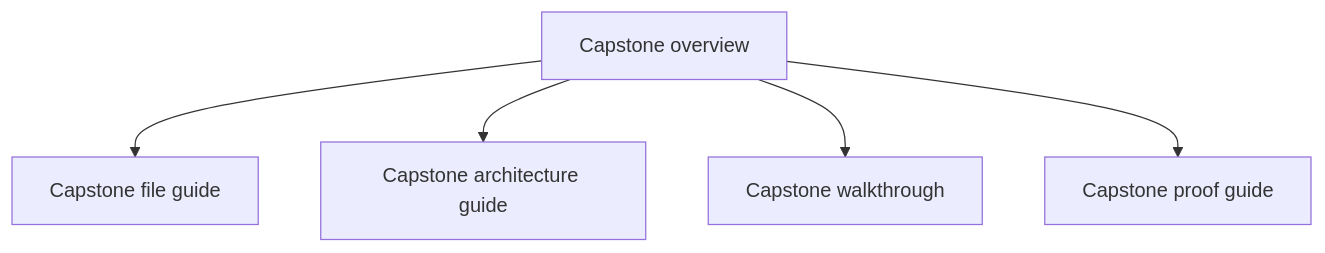
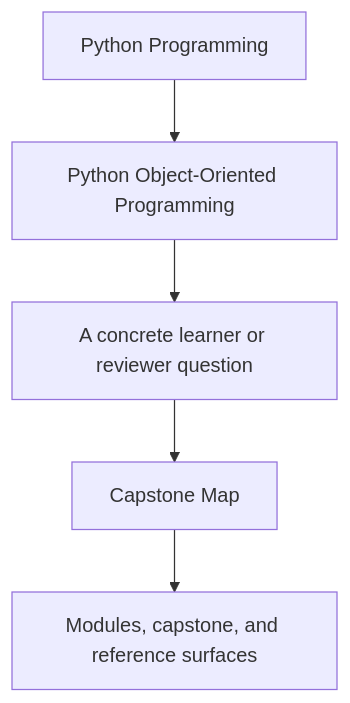
The first of 2 diagrams in programs/python-programming/python-object-oriented-programming/course-book/guides/capstone-map.md (bijux/bijux-masterclass), drawn with Mermaid before and after one commit. The commit also changed other lines of this file and 23 other files, not shown here.

Commit message:
docs(python-object-oriented-programming): sharpen guide and reference diagrams

````diff
--- a/programs/python-programming/python-object-oriented-programming/course-book/guides/capstone-map.md
+++ b/programs/python-programming/python-object-oriented-programming/course-book/guides/capstone-map.md
@@ -7,7 +7,7 @@
 ```mermaid
-graph TD
-  home["Capstone overview"] --> files["Capstone file guide"]
-  home --> architecture["Capstone architecture guide"]
-  home --> walkthrough["Capstone walkthrough"]
-  home --> proof["Capstone proof guide"]
+flowchart TD
+  family["Python Programming"] --> program["Python Object-Oriented Programming"]
+  program --> pressure["A concrete learner or reviewer question"]
+  pressure --> guide["Capstone Map"]
+  guide --> next["Modules, capstone, and reference surfaces"]
 ```
````
